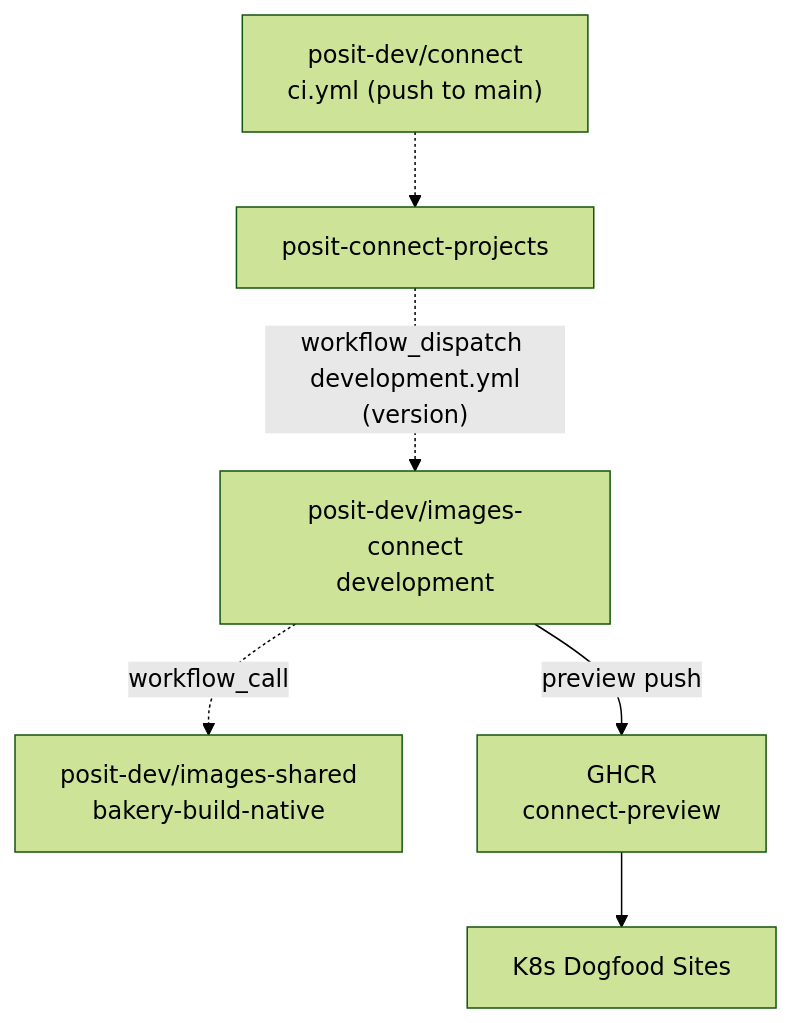
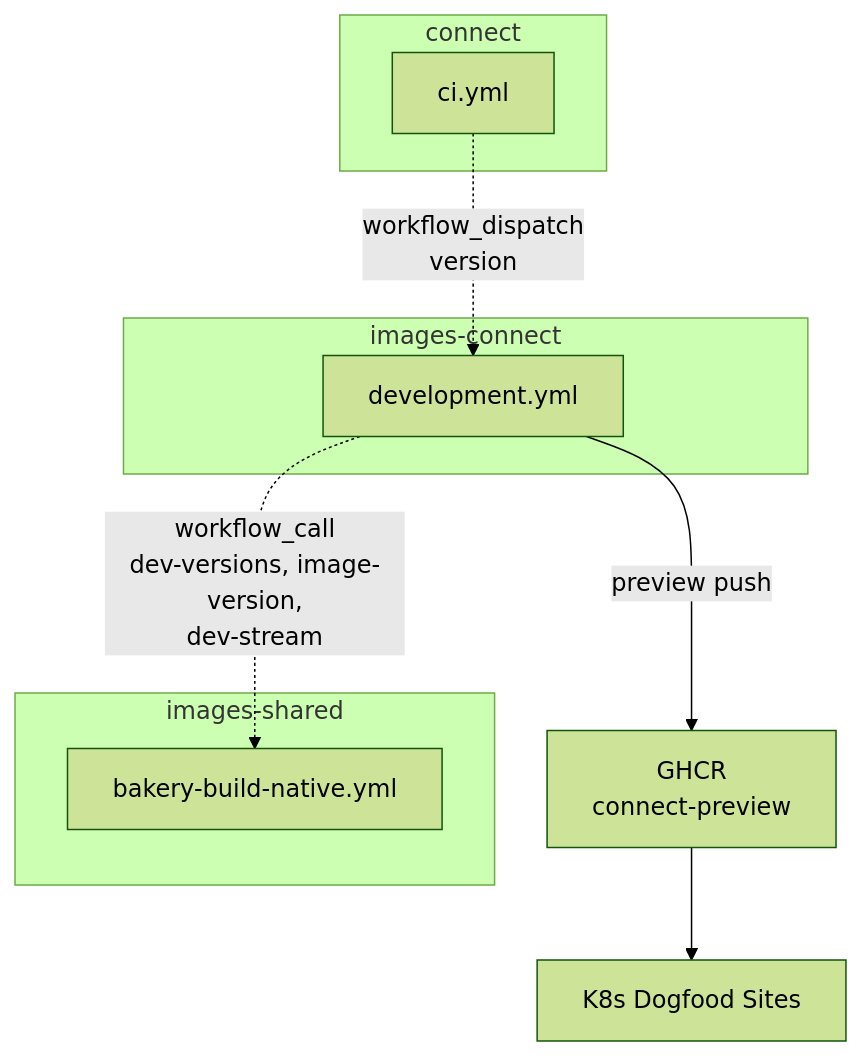
The fifth of 9 diagrams in posit-bakery/docs/cross-repo-workflows.qmd (posit-dev/images-shared), drawn with Mermaid (forest theme) before and after one commit. The commit also changed other lines of this file, not shown here.

First line of the commit message:
Update cross-repo workflow diagrams

````diff
--- a/posit-bakery/docs/cross-repo-workflows.qmd
+++ b/posit-bakery/docs/cross-repo-workflows.qmd
@@ -201,23 +199,26 @@
 ```{mermaid}
 %%| fig-cap: "Connect Development Flow"
 graph TD
-    PROD["posit-dev/connect<br/>ci.yml (push to main)"]
-    BOT["posit-connect-projects"]
+    subgraph connect
+        CI["ci.yml"]
+    end
 
-    PROD -.-> BOT
-    BOT -.->|"workflow_dispatch development.yml<br/>(version)"| IMG_DEV
+    CI -.->|"workflow_dispatch<br/>version"| DEV
 
-    SHARED["posit-dev/images-shared<br/>bakery-build-native"]
+    subgraph images-connect
+        DEV["development.yml"]
+    end
 
-    IMG_DEV["posit-dev/images-connect<br/>development"]
+    DEV -.->|"workflow_call<br/>dev-versions, image-version,<br/>dev-stream"| SHARED
 
-    IMG_DEV -.->|workflow_call| SHARED
+    subgraph images-shared
+        SHARED["bakery-build-native.yml"]
+    end
 
-    IMG_DEV -->|preview push| GHCR
+    DEV -->|preview push| GHCR["GHCR<br/>connect-preview"]
+    GHCR --> K8S["K8s Dogfood Sites"]
 
-    GHCR["GHCR<br/>connect-preview"]
-
-    GHCR --> K8S
-
-    K8S["K8s Dogfood Sites"]
+    click CI "https://github.com/posit-dev/connect/blob/main/.github/workflows/ci.yml" _blank
+    click DEV "https://github.com/posit-dev/images-connect/blob/main/.github/workflows/development.yml" _blank
+    click SHARED "https://github.com/posit-dev/images-shared/blob/main/.github/workflows/bakery-build-native.yml" _blank
 ```
````
